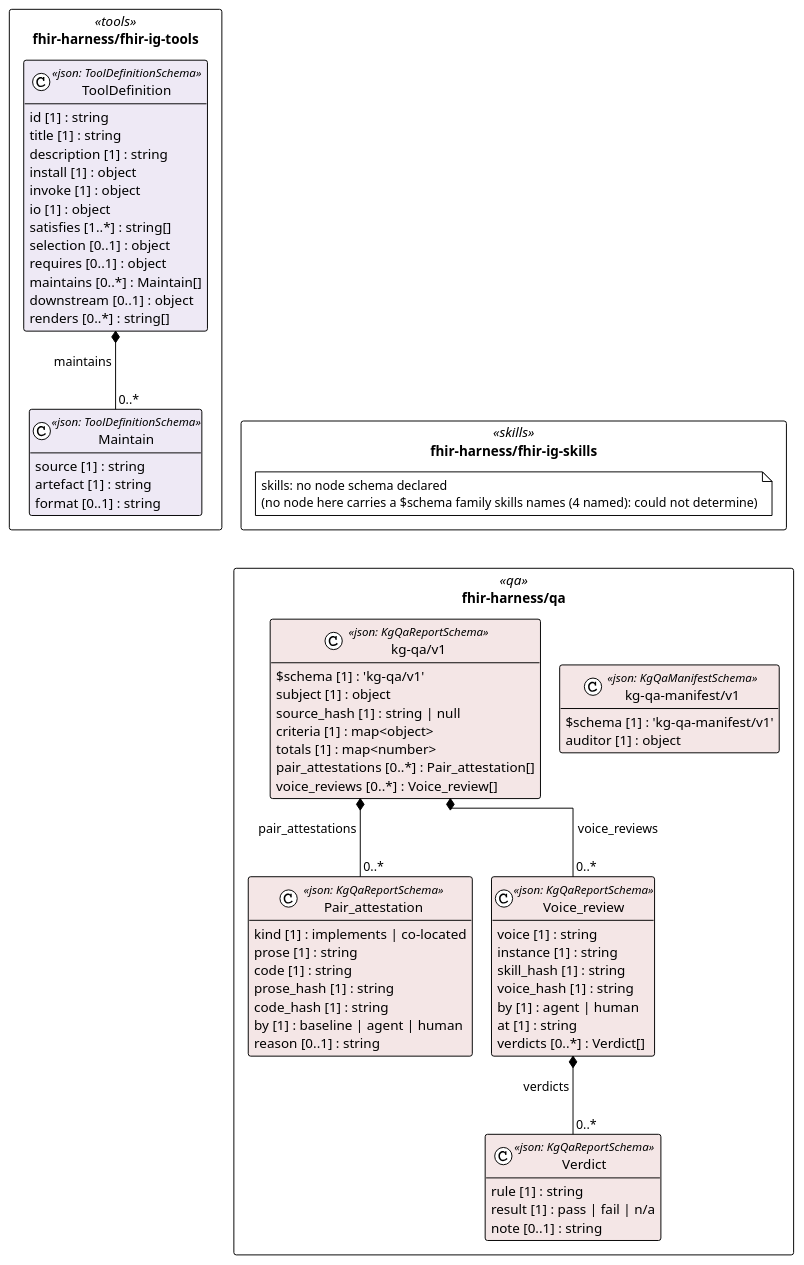
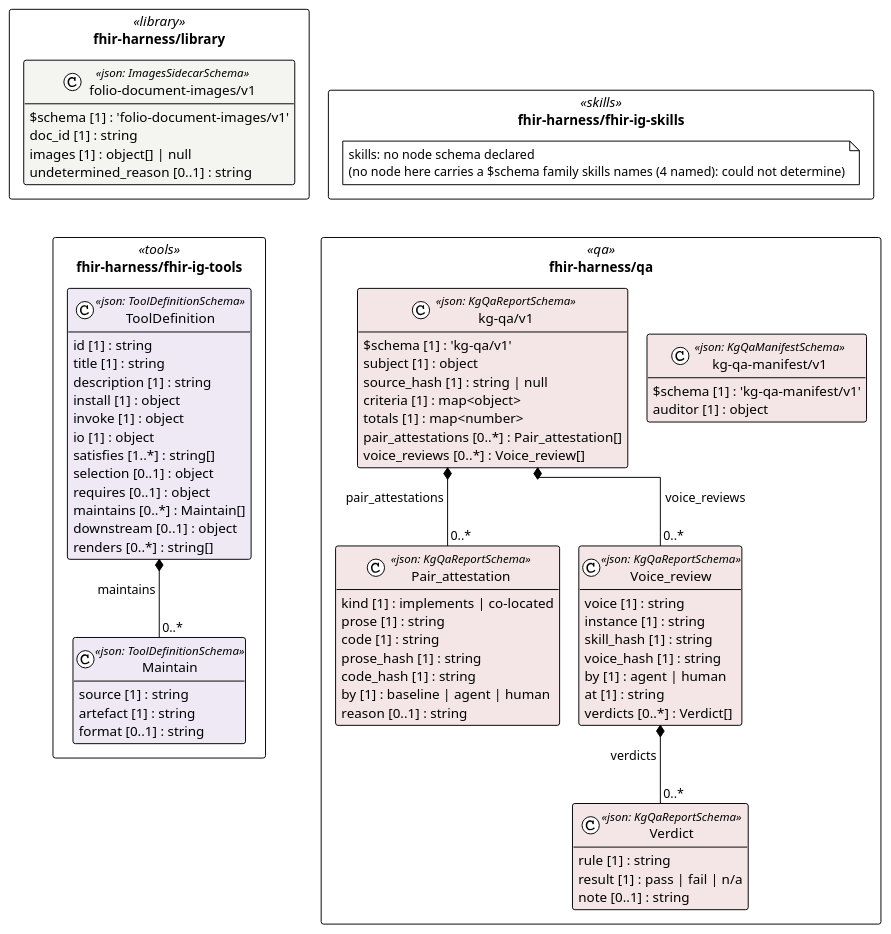
One commit to litlfred/folio-assistant changed the diagram in cat-harness/uml/overview/fhir-harness.puml. Above: the diagram before and after it, drawn with PlantUML. The commit also changed 34 other files, not shown here.

```diff
--- a/cat-harness/uml/overview/fhir-harness.puml
+++ b/cat-harness/uml/overview/fhir-harness.puml
@@ -3,78 +3,87 @@
 @startuml fhir_harness
 !pragma layout elk
 !theme plain
 skinparam classAttributeIconSize 0
 skinparam shadowing false
 skinparam packageStyle rectangle
 hide empty methods
 
+package "fhir-harness/library" as pkg_fhir_harness_library <<library>> {
+  class "folio-document-images/v1" as fhir_harness_library_folio_document_images_v1_folio_document_images_v1 <<json: ImagesSidecarSchema>> #f4f4f1 {
+    $schema [1] : 'folio-document-images/v1'
+    doc_id [1] : string
+    images [1] : object[] | null
+    undetermined_reason [0..1] : string
+  }
+}
 package "fhir-harness/fhir-ig-skills" as pkg_fhir_harness_fhir_ig_skills <<skills>> {
   note "skills: no node schema declared\n(no node here carries a $schema family skills names (4 named): could not determine)" as n_fhir_harness_fhir_ig_skills_skills
 }
 package "fhir-harness/fhir-ig-tools" as pkg_fhir_harness_fhir_ig_tools <<tools>> {
   class "Maintain" as fhir_harness_fhir_ig_tools_Maintain <<json: ToolDefinitionSchema>> #eee9f5 {
     source [1] : string
     artefact [1] : string
     format [0..1] : string
   }
   class "ToolDefinition" as fhir_harness_fhir_ig_tools_ToolDefinition <<json: ToolDefinitionSchema>> #eee9f5 {
     id [1] : string
     title [1] : string
     description [1] : string
     install [1] : object
     invoke [1] : object
     io [1] : object
     satisfies [1..*] : string[]
     selection [0..1] : object
     requires [0..1] : object
     maintains [0..*] : Maintain[]
     downstream [0..1] : object
     renders [0..*] : string[]
   }
 }
 package "fhir-harness/qa" as pkg_fhir_harness_qa <<qa>> {
   class "Pair_attestation" as fhir_harness_qa_kg_qa_v1_Pair_attestation <<json: KgQaReportSchema>> #f4e6e6 {
     kind [1] : implements | co-located
     prose [1] : string
     code [1] : string
     prose_hash [1] : string
     code_hash [1] : string
     by [1] : baseline | agent | human
     reason [0..1] : string
   }
   class "Verdict" as fhir_harness_qa_kg_qa_v1_Verdict <<json: KgQaReportSchema>> #f4e6e6 {
     rule [1] : string
     result [1] : pass | fail | n/a
     note [0..1] : string
   }
   class "Voice_review" as fhir_harness_qa_kg_qa_v1_Voice_review <<json: KgQaReportSchema>> #f4e6e6 {
     voice [1] : string
     instance [1] : string
     skill_hash [1] : string
     voice_hash [1] : string
     by [1] : agent | human
     at [1] : string
     verdicts [0..*] : Verdict[]
   }
   class "kg-qa/v1" as fhir_harness_qa_kg_qa_v1_kg_qa_v1 <<json: KgQaReportSchema>> #f4e6e6 {
     $schema [1] : 'kg-qa/v1'
     subject [1] : object
     source_hash [1] : string | null
     criteria [1] : map<object>
     totals [1] : map<number>
     pair_attestations [0..*] : Pair_attestation[]
     voice_reviews [0..*] : Voice_review[]
   }
   class "kg-qa-manifest/v1" as fhir_harness_qa_kg_qa_manifest_v1_kg_qa_manifest_v1 <<json: KgQaManifestSchema>> #f4e6e6 {
     $schema [1] : 'kg-qa-manifest/v1'
     auditor [1] : object
   }
 }
 
 fhir_harness_fhir_ig_tools_ToolDefinition *-- "0..*" fhir_harness_fhir_ig_tools_Maintain : maintains
 fhir_harness_qa_kg_qa_v1_kg_qa_v1 *-- "0..*" fhir_harness_qa_kg_qa_v1_Pair_attestation : pair_attestations
 fhir_harness_qa_kg_qa_v1_Voice_review *-- "0..*" fhir_harness_qa_kg_qa_v1_Verdict : verdicts
 fhir_harness_qa_kg_qa_v1_kg_qa_v1 *-- "0..*" fhir_harness_qa_kg_qa_v1_Voice_review : voice_reviews
-' grid: portrait, 2 column(s) — pkg_fhir_harness_fhir_ig_skills pkg_fhir_harness_fhir_ig_tools pkg_fhir_harness_qa
+' grid: portrait, 2 column(s) — pkg_fhir_harness_library pkg_fhir_harness_fhir_ig_skills pkg_fhir_harness_fhir_ig_tools pkg_fhir_harness_qa
+pkg_fhir_harness_library -[hidden]down- pkg_fhir_harness_fhir_ig_tools
 pkg_fhir_harness_fhir_ig_skills -[hidden]down- pkg_fhir_harness_qa
 @enduml
```
